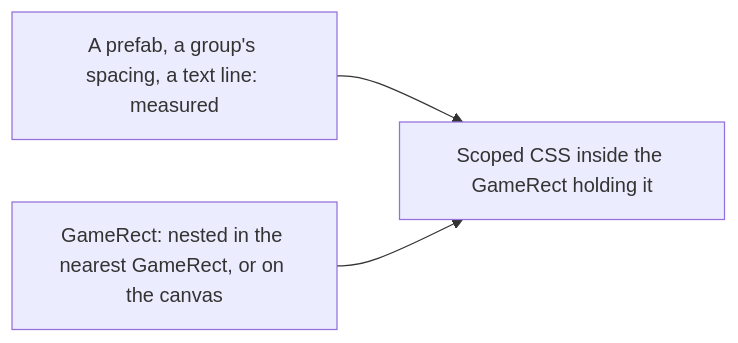
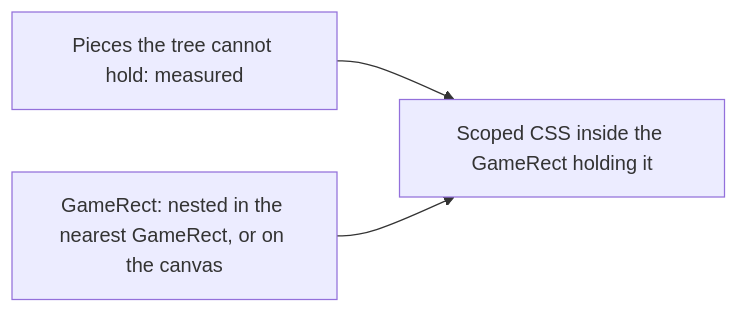
One commit to Esposter/Esposter changed the diagram in openspec/specs/genshin/interface-layout/design.md. Above: the diagram before and after it, drawn with Mermaid. The commit also changed other lines of this file and 13 other files, not shown here.

````diff
--- a/openspec/specs/genshin/interface-layout/design.md
+++ b/openspec/specs/genshin/interface-layout/design.md
@@ -7,5 +7,5 @@
 ```mermaid
 flowchart LR
-  MEASURED["A prefab, a group's spacing, a text line: measured"] --> LEAF["Scoped CSS inside the GameRect holding it"]
+  MEASURED["Pieces the tree cannot hold: measured"] --> LEAF["Scoped CSS inside the GameRect holding it"]
   RECT["GameRect: nested in the nearest GameRect, or on the canvas"] --> LEAF
 ```
````
